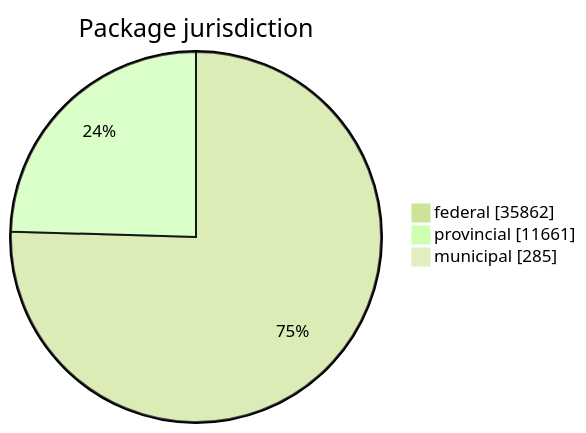
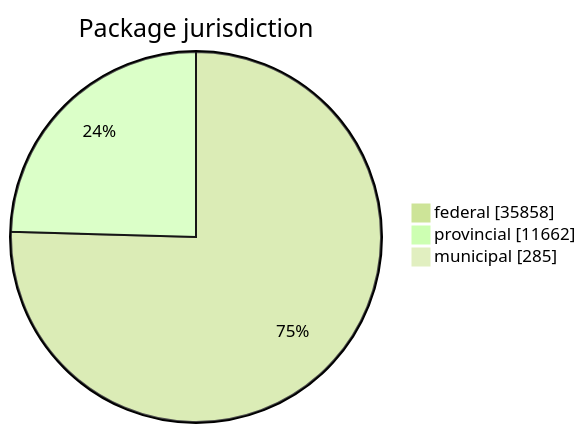
One commit to open-data/analytics-corporate-reporting changed the first of 5 diagrams in FreshCheck/README.md. Above: the diagram before and after it, drawn with Mermaid (forest theme). The commit also changed other lines of this file and 3 other files, not shown here.

````diff
--- a/FreshCheck/README.md
+++ b/FreshCheck/README.md
@@ -60,6 +60,6 @@
 ```mermaid
 pie showData title Package jurisdiction
-    "federal": 35862
-    "provincial": 11661
+    "federal": 35858
+    "provincial": 11662
     "municipal": 285
 ```
````
